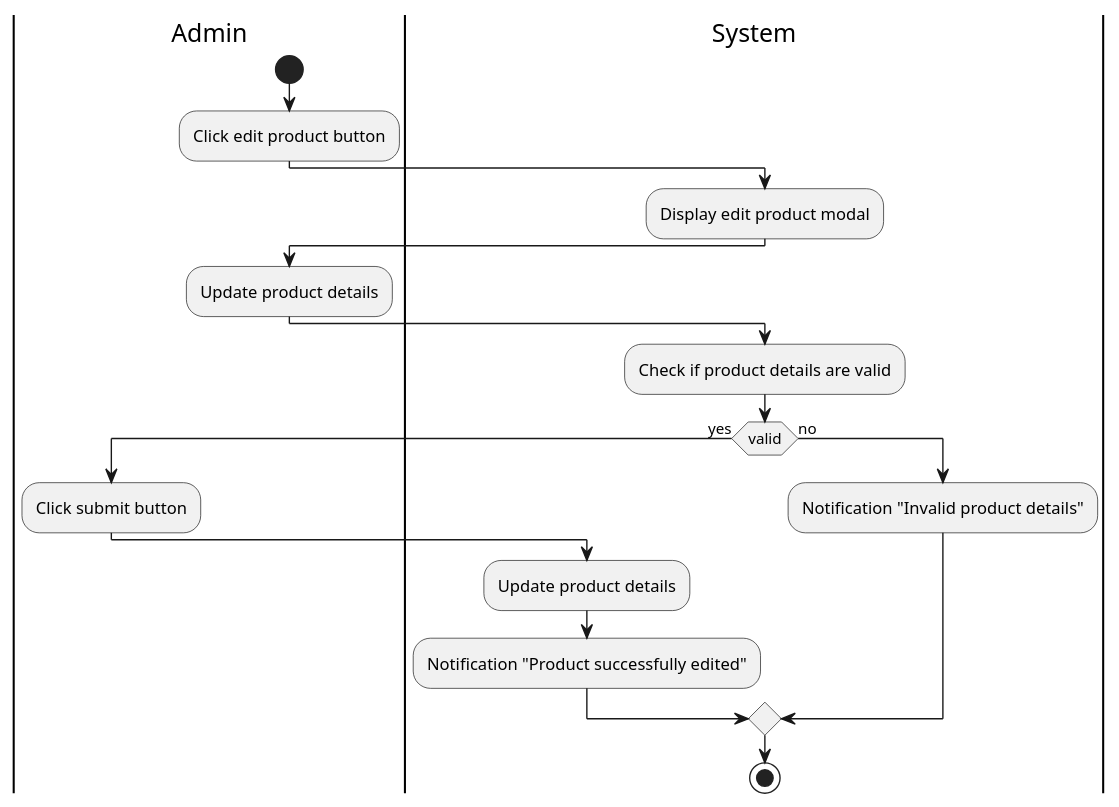
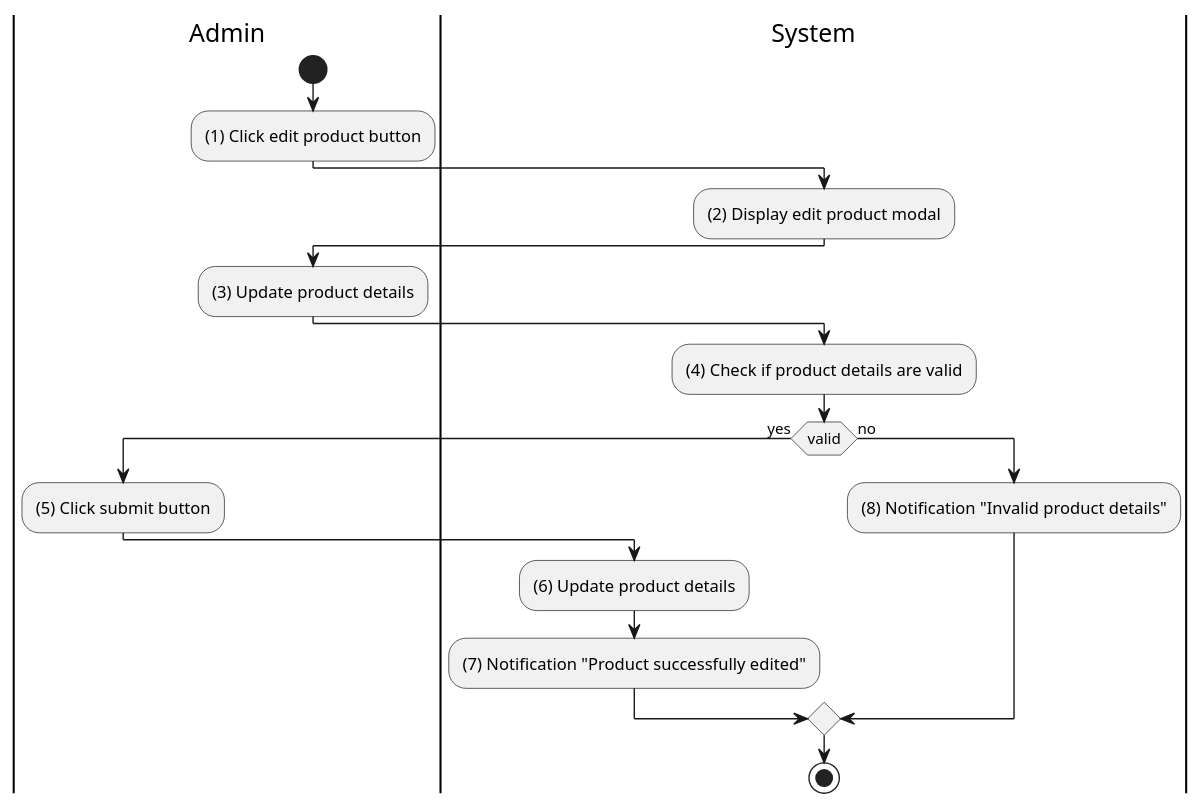
One commit to tuankietcoderr/SE357-Practice-class changed the diagram in Lab1/Lab1.2/Activity/edit-product.puml. Above: the diagram before and after it, drawn with PlantUML. The commit also changed 10 other files, not shown here.

```diff
--- a/Lab1/Lab1.2/Activity/edit-product.puml
+++ b/Lab1/Lab1.2/Activity/edit-product.puml
@@ -1,22 +1,22 @@
 @startuml Edit product
 |Admin|
 start
-:Click edit product button;
+:(1) Click edit product button;
 |System|
-:Display edit product modal;
+:(2) Display edit product modal;
 |Admin|
-:Update product details;
+:(3) Update product details;
 |System|
-:Check if product details are valid;
+:(4) Check if product details are valid;
 if (valid) then (yes)
 |Admin|
-:Click submit button;
+:(5) Click submit button;
 |System|
-:Update product details;
-:Notification "Product successfully edited";
+:(6) Update product details;
+:(7) Notification "Product successfully edited";
 else (no)
 |System|
-:Notification "Invalid product details";
+:(8) Notification "Invalid product details";
 endif
 stop
 @enduml
```
